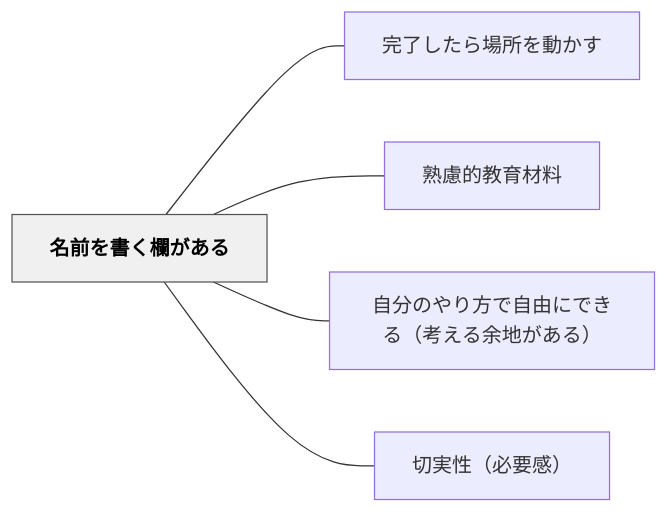
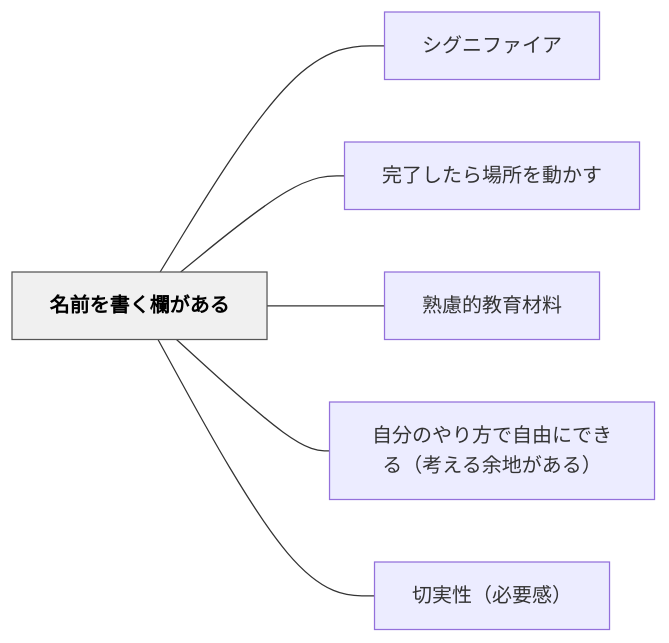
The diagram in content/パタン/名前を書く欄がある.md (unknownthings-ed-patterns/unknownthings-ed-patterns), drawn with Mermaid before and after one commit. The commit also changed other lines of this file and 100 other files, not shown here.

````diff
--- a/content/パタン/名前を書く欄がある.md
+++ b/content/パタン/名前を書く欄がある.md
@@ -45,16 +46,18 @@
 ```mermaid
 flowchart LR
     ne5908de5898de38292e69bb8e3818fe6ac84e3818ce38182e3828b["名前を書く欄がある"]
+    ne382b7e382b0e3838be38395e382a1e382a4e382a2["シグニファイア"]
     ne5ae8ce4ba86e38197e3819fe38289e5a0b4e68980e38292e58b95e3818be38199["完了したら場所を動かす"]
     ne7869fe685aee79a84e69599e882b2e69d90e69699["熟慮的教育材料"]
     ne887aae58886e381aee38284e3828ae696b9e381a7e887aae794b1e381abe381a7e3818de3828befbc88e88083e38188e3828be4bd99e59cb0e3818ce38182e3828befbc89["自分のやり方で自由にできる（考える余地がある）"]
     ne58887e5ae9fe680a7efbc88e5bf85e8a681e6849fefbc89["切実性（必要感）"]
 
+    ne5908de5898de38292e69bb8e3818fe6ac84e3818ce38182e3828b --- ne382b7e382b0e3838be38395e382a1e382a4e382a2
     ne5908de5898de38292e69bb8e3818fe6ac84e3818ce38182e3828b --- ne5ae8ce4ba86e38197e3819fe38289e5a0b4e68980e38292e58b95e3818be38199
     ne5908de5898de38292e69bb8e3818fe6ac84e3818ce38182e3828b --- ne7869fe685aee79a84e69599e882b2e69d90e69699
     ne5908de5898de38292e69bb8e3818fe6ac84e3818ce38182e3828b --- ne887aae58886e381aee38284e3828ae696b9e381a7e887aae794b1e381abe381a7e3818de3828befbc88e88083e38188e3828be4bd99e59cb0e3818ce38182e3828befbc89
     ne5908de5898de38292e69bb8e3818fe6ac84e3818ce38182e3828b --- ne58887e5ae9fe680a7efbc88e5bf85e8a681e6849fefbc89
 
     classDef hub fill:#f0f0f0,stroke:#555,color:#000,font-weight:bold
     class ne5908de5898de38292e69bb8e3818fe6ac84e3818ce38182e3828b hub
 ```
````
